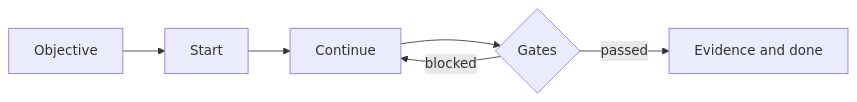
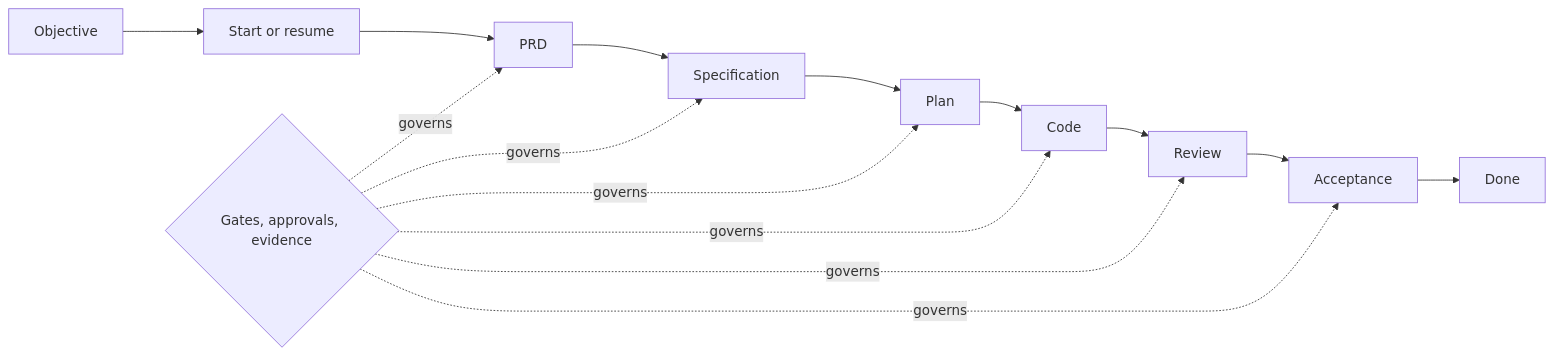
The second of 2 diagrams in README.md (thiagocorreanet/kratos-harness), drawn with Mermaid before and after one commit. The commit also changed other lines of this file and 2 other files, not shown here.

````diff
--- a/README.md
+++ b/README.md
@@ -73,8 +86,17 @@
 ```mermaid
 flowchart LR
-    O["Objective"] --> S["Start"]
-    S --> C["Continue"]
-    C --> G{"Gates"}
-    G -->|blocked| C
-    G -->|passed| D["Evidence and done"]
+    O["Objective"] --> S["Start or resume"]
+    S --> P["PRD"]
+    P --> SP["Specification"]
+    SP --> PL["Plan"]
+    PL --> C["Code"]
+    C --> R["Review"]
+    R --> A["Acceptance"]
+    A --> D["Done"]
+    G{"Gates, approvals, evidence"} -. governs .-> P
+    G -. governs .-> SP
+    G -. governs .-> PL
+    G -. governs .-> C
+    G -. governs .-> R
+    G -. governs .-> A
 ```
````
